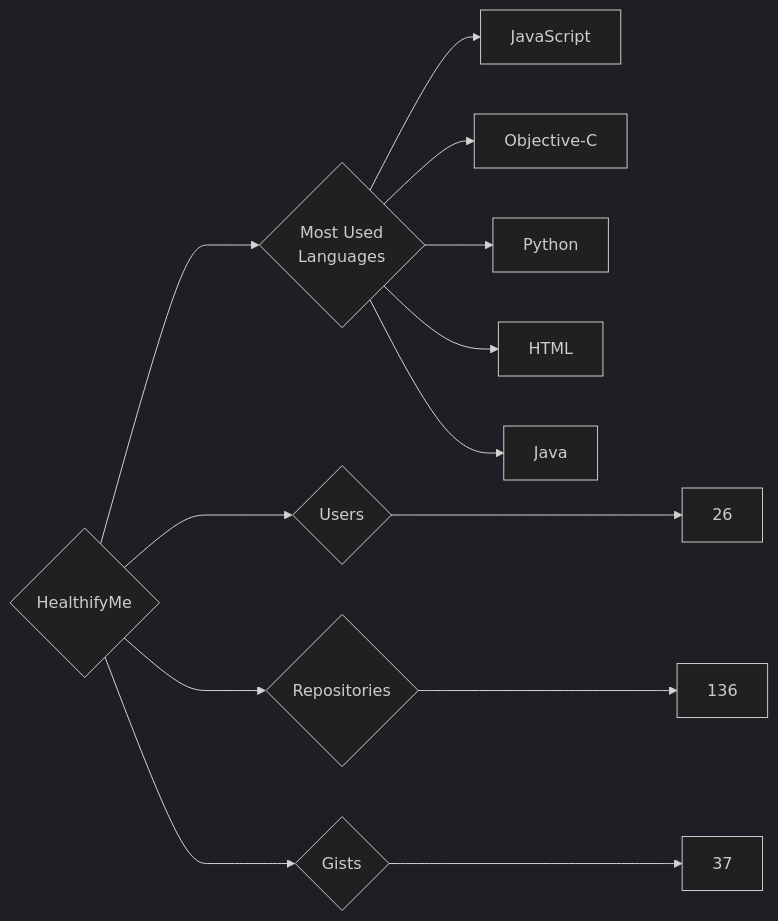
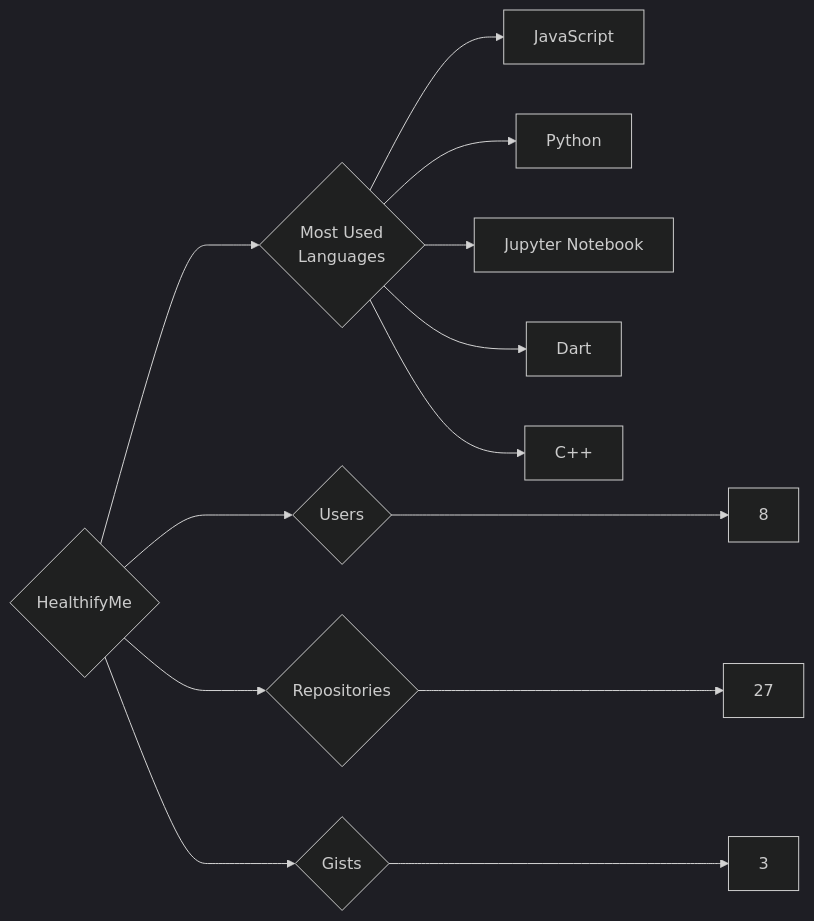
The diagram in targets/HealthifyMe/README.md (trickest/insiders), drawn with Mermaid (dark theme) before and after one commit. The commit also changed 932 other files, not shown here.

````diff
--- a/targets/HealthifyMe/README.md
+++ b/targets/HealthifyMe/README.md
@@ -3,13 +3,13 @@
 ```mermaid
 graph LR
 COMPANY_NAME{HealthifyMe}
-COMPANY_NAME ---> U{Users} ---> UN[26]
-COMPANY_NAME ---> R{Repositories} ---> RN[136]
-COMPANY_NAME ---> G{Gists} ---> GN[37]
+COMPANY_NAME ---> U{Users} ---> UN[8]
+COMPANY_NAME ---> R{Repositories} ---> RN[27]
+COMPANY_NAME ---> G{Gists} ---> GN[3]
 COMPANY_NAME ---> ML{Most Used<br>Languages}
 ML --> JavaScript[JavaScript]
-ML --> Objective-C[Objective-C]
 ML --> Python[Python]
-ML --> HTML[HTML]
-ML --> Java[Java]
+ML --> Jupyter_Notebook[Jupyter Notebook]
+ML --> Dart[Dart]
+ML --> C++[C++]
 ```
````
